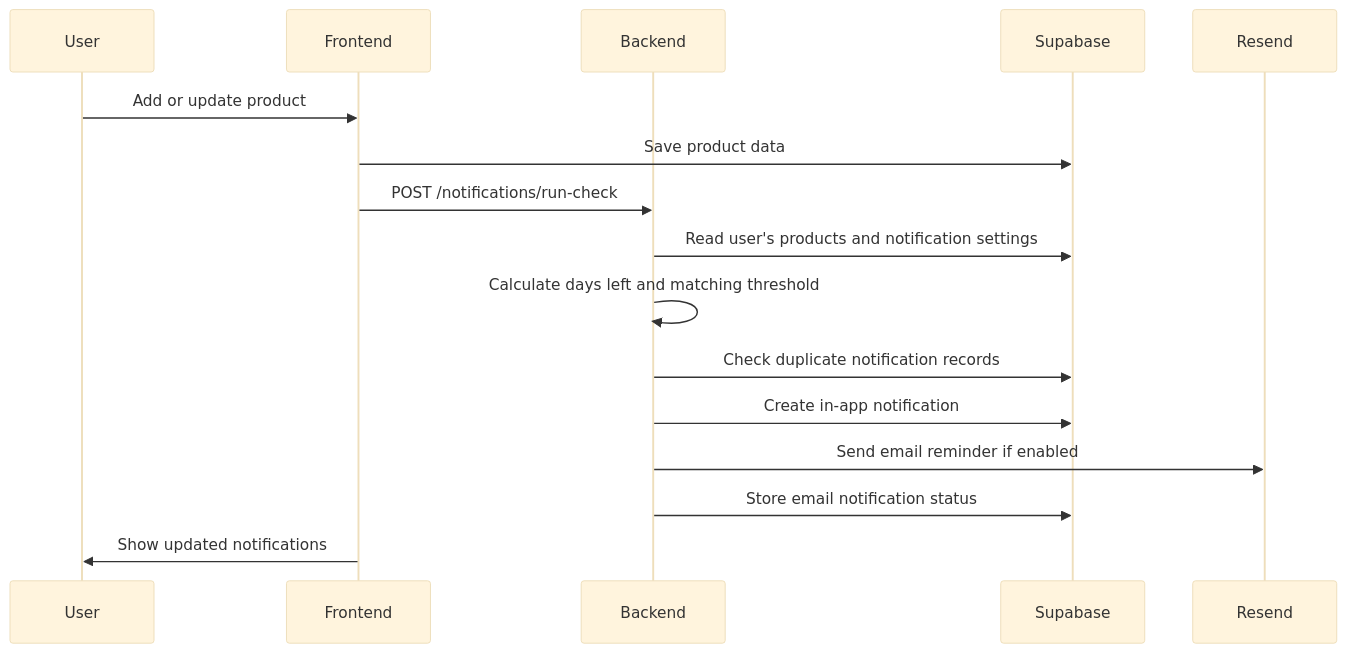
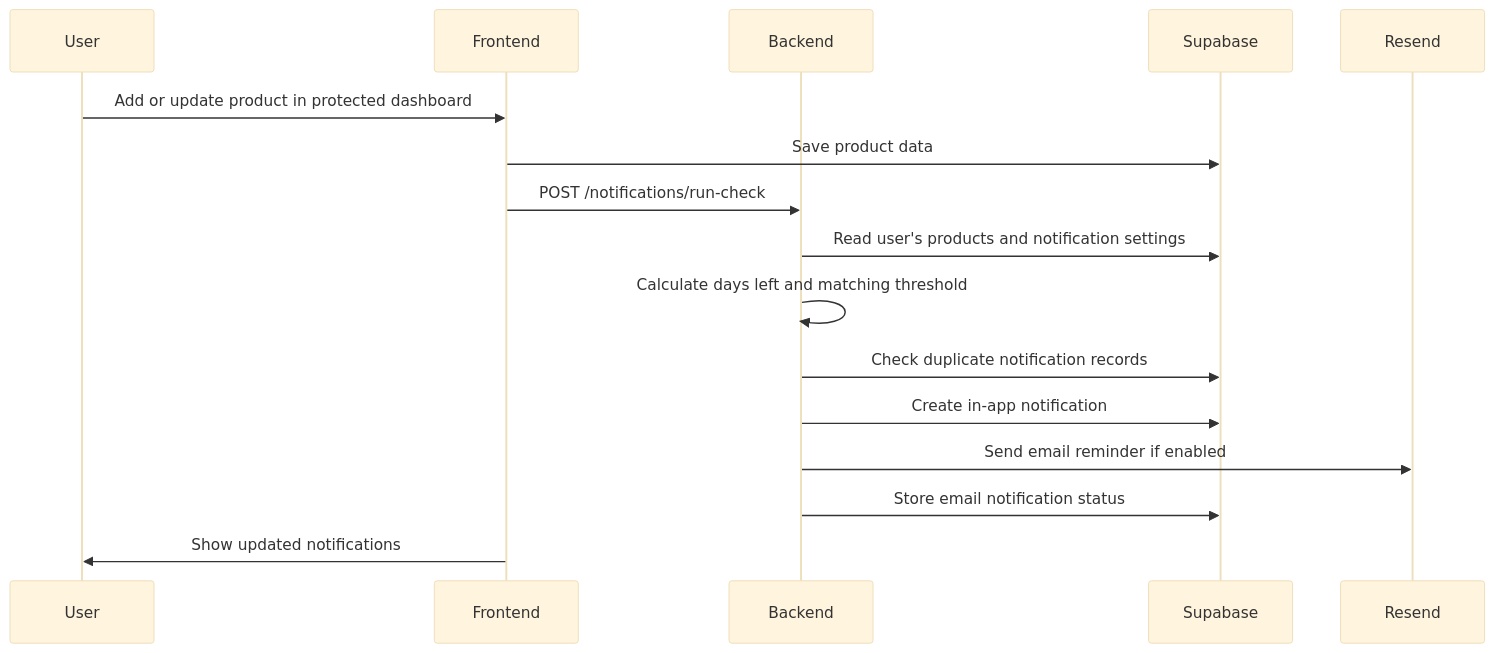
The third of 3 diagrams in README.md (NikaPanchulidze/Digital-warranty-tracker), drawn with Mermaid (base theme) before and after one commit. The commit also changed other lines of this file, not shown here.

````diff
--- a/README.md
+++ b/README.md
@@ -97,19 +98,19 @@
 ```mermaid
 sequenceDiagram
     participant User
     participant Frontend
     participant Backend
     participant Supabase
     participant Resend
 
-    User->>Frontend: Add or update product
+    User->>Frontend: Add or update product in protected dashboard
     Frontend->>Supabase: Save product data
     Frontend->>Backend: POST /notifications/run-check
     Backend->>Supabase: Read user's products and notification settings
     Backend->>Backend: Calculate days left and matching threshold
     Backend->>Supabase: Check duplicate notification records
     Backend->>Supabase: Create in-app notification
     Backend->>Resend: Send email reminder if enabled
     Backend->>Supabase: Store email notification status
     Frontend->>User: Show updated notifications
 ```
````
